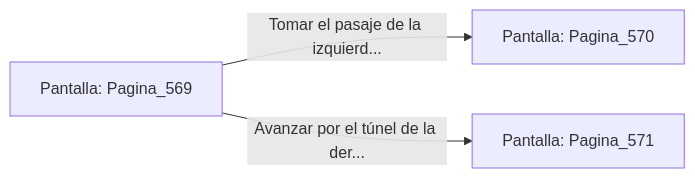
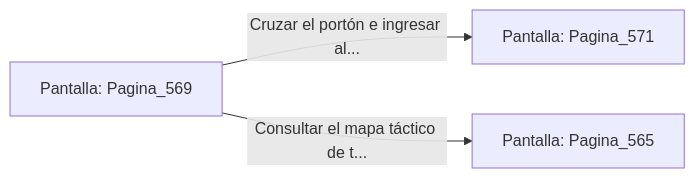
Before and after one commit to metsuke/mpl: the diagram in sample/eligejuego-vault/Pantalla_Pagina_569.md, drawn with Mermaid. The commit also changed other lines of this file and 635 other files, not shown here.

First line of the commit message:
fix: añadir Pagina_1 como pantalla inicial en capitulo_01.mpl

````diff
--- a/sample/eligejuego-vault/Pantalla_Pagina_569.md
+++ b/sample/eligejuego-vault/Pantalla_Pagina_569.md
@@ -20,6 +24,6 @@
 ```mermaid
 graph LR
     P_Pagina_569["Pantalla: Pagina_569"]
-    P_Pagina_569 -->|"Tomar el pasaje de la izquierd..."| P_Pagina_570["Pantalla: Pagina_570"]
-    P_Pagina_569 -->|"Avanzar por el túnel de la der..."| P_Pagina_571["Pantalla: Pagina_571"]
+    P_Pagina_569 -->|"Cruzar el portón e ingresar al..."| P_Pagina_571["Pantalla: Pagina_571"]
+    P_Pagina_569 -->|"Consultar el mapa táctico de t..."| P_Pagina_565["Pantalla: Pagina_565"]
 ```
````
